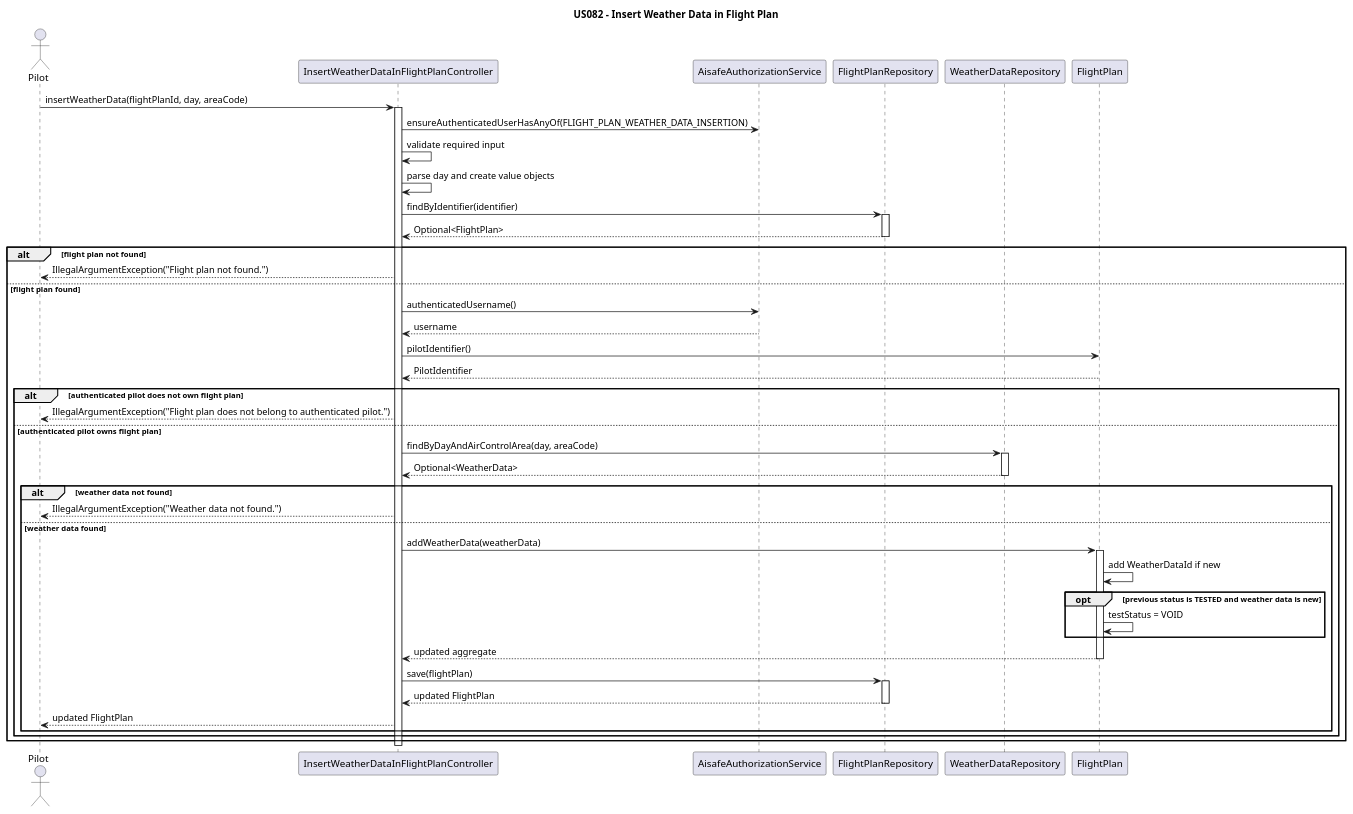
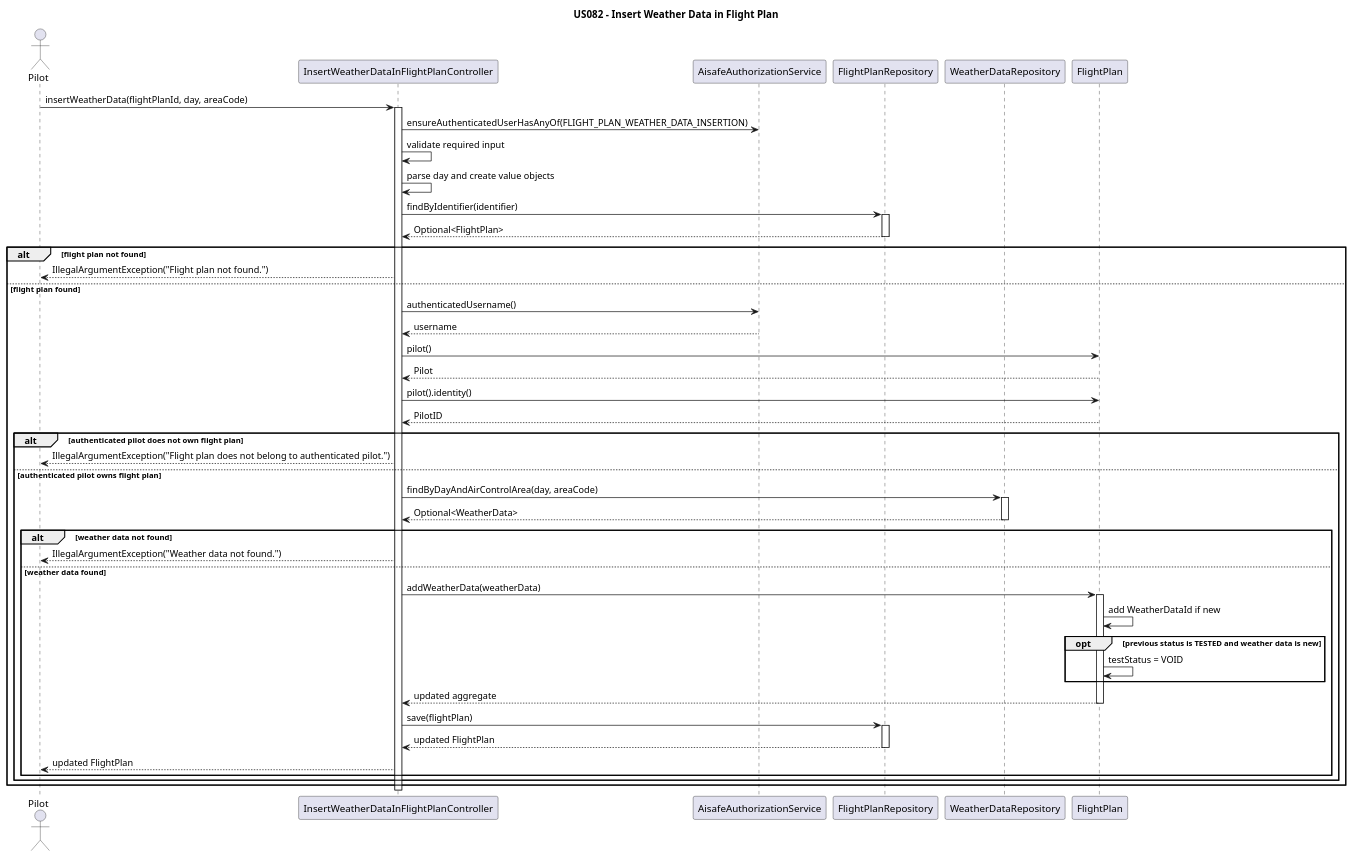
The diagram in docs/us_82/sequence-diagram-82.puml (GustavoFerreira24/flight-management-platform), drawn with PlantUML before and after one commit. The commit also changed 4 other files, not shown here.

Commit message:
US082 (Docs) - Refactor FlightPlan domain model: update relationships and add JpaFlightPlanRepository. Enhance README with new aggregate details and clarify dependencies. [#180]

```diff
--- a/docs/us_82/sequence-diagram-82.puml
+++ b/docs/us_82/sequence-diagram-82.puml
@@ -1,62 +1,64 @@
 @startuml
 title US082 - Insert Weather Data in Flight Plan
 
 actor Pilot
 participant "InsertWeatherDataInFlightPlanController" as Controller
 participant "AisafeAuthorizationService" as Authz
 participant "FlightPlanRepository" as FlightPlanRepo
 participant "WeatherDataRepository" as WeatherRepo
 participant "FlightPlan" as FlightPlan
 
 Pilot -> Controller : insertWeatherData(flightPlanId, day, areaCode)
 activate Controller
 
 Controller -> Authz : ensureAuthenticatedUserHasAnyOf(FLIGHT_PLAN_WEATHER_DATA_INSERTION)
 Controller -> Controller : validate required input
 Controller -> Controller : parse day and create value objects
 
 Controller -> FlightPlanRepo : findByIdentifier(identifier)
 activate FlightPlanRepo
 FlightPlanRepo --> Controller : Optional<FlightPlan>
 deactivate FlightPlanRepo
 
 alt flight plan not found
     Controller --> Pilot : IllegalArgumentException("Flight plan not found.")
 else flight plan found
     Controller -> Authz : authenticatedUsername()
     Authz --> Controller : username
-    Controller -> FlightPlan : pilotIdentifier()
-    FlightPlan --> Controller : PilotIdentifier
+    Controller -> FlightPlan : pilot()
+    FlightPlan --> Controller : Pilot
+    Controller -> FlightPlan : pilot().identity()
+    FlightPlan --> Controller : PilotID
 
     alt authenticated pilot does not own flight plan
         Controller --> Pilot : IllegalArgumentException("Flight plan does not belong to authenticated pilot.")
     else authenticated pilot owns flight plan
         Controller -> WeatherRepo : findByDayAndAirControlArea(day, areaCode)
         activate WeatherRepo
         WeatherRepo --> Controller : Optional<WeatherData>
         deactivate WeatherRepo
 
         alt weather data not found
             Controller --> Pilot : IllegalArgumentException("Weather data not found.")
         else weather data found
             Controller -> FlightPlan : addWeatherData(weatherData)
             activate FlightPlan
             FlightPlan -> FlightPlan : add WeatherDataId if new
             opt previous status is TESTED and weather data is new
                 FlightPlan -> FlightPlan : testStatus = VOID
             end
             FlightPlan --> Controller : updated aggregate
             deactivate FlightPlan
 
             Controller -> FlightPlanRepo : save(flightPlan)
             activate FlightPlanRepo
             FlightPlanRepo --> Controller : updated FlightPlan
             deactivate FlightPlanRepo
             Controller --> Pilot : updated FlightPlan
         end
     end
 end
 
 deactivate Controller
 
 @enduml
```
